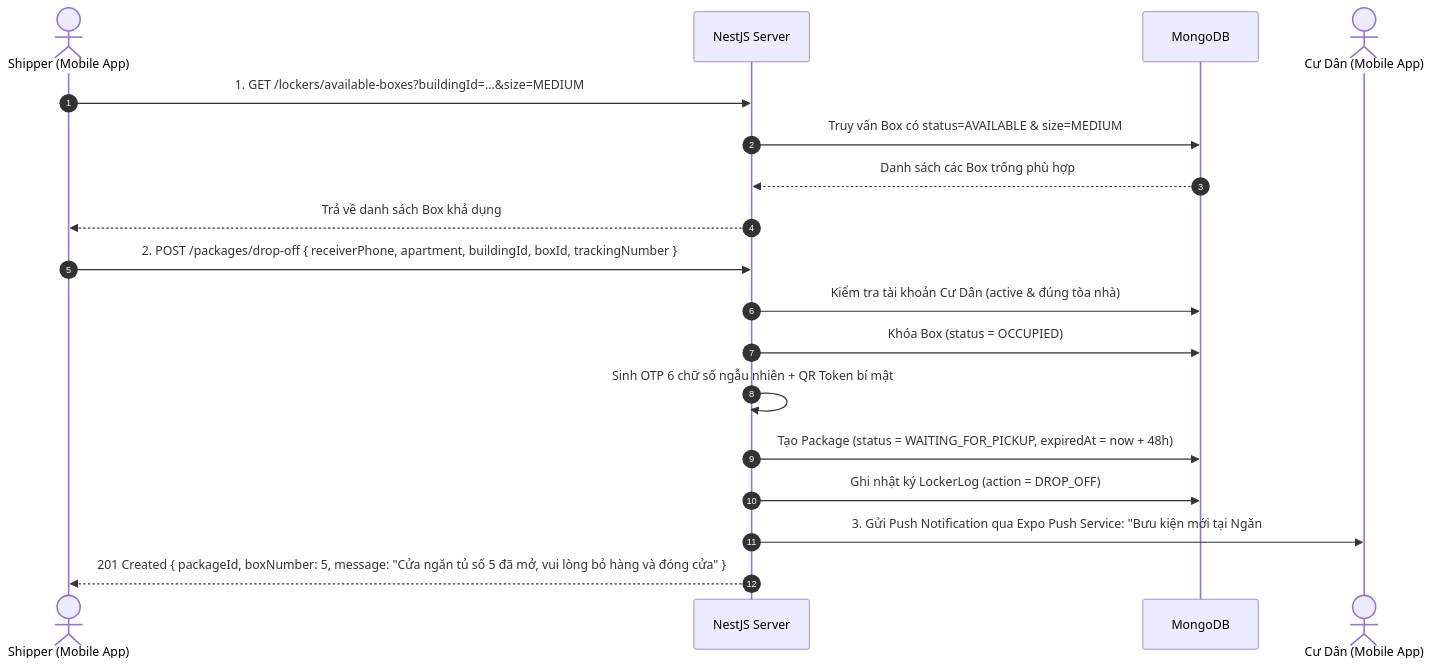
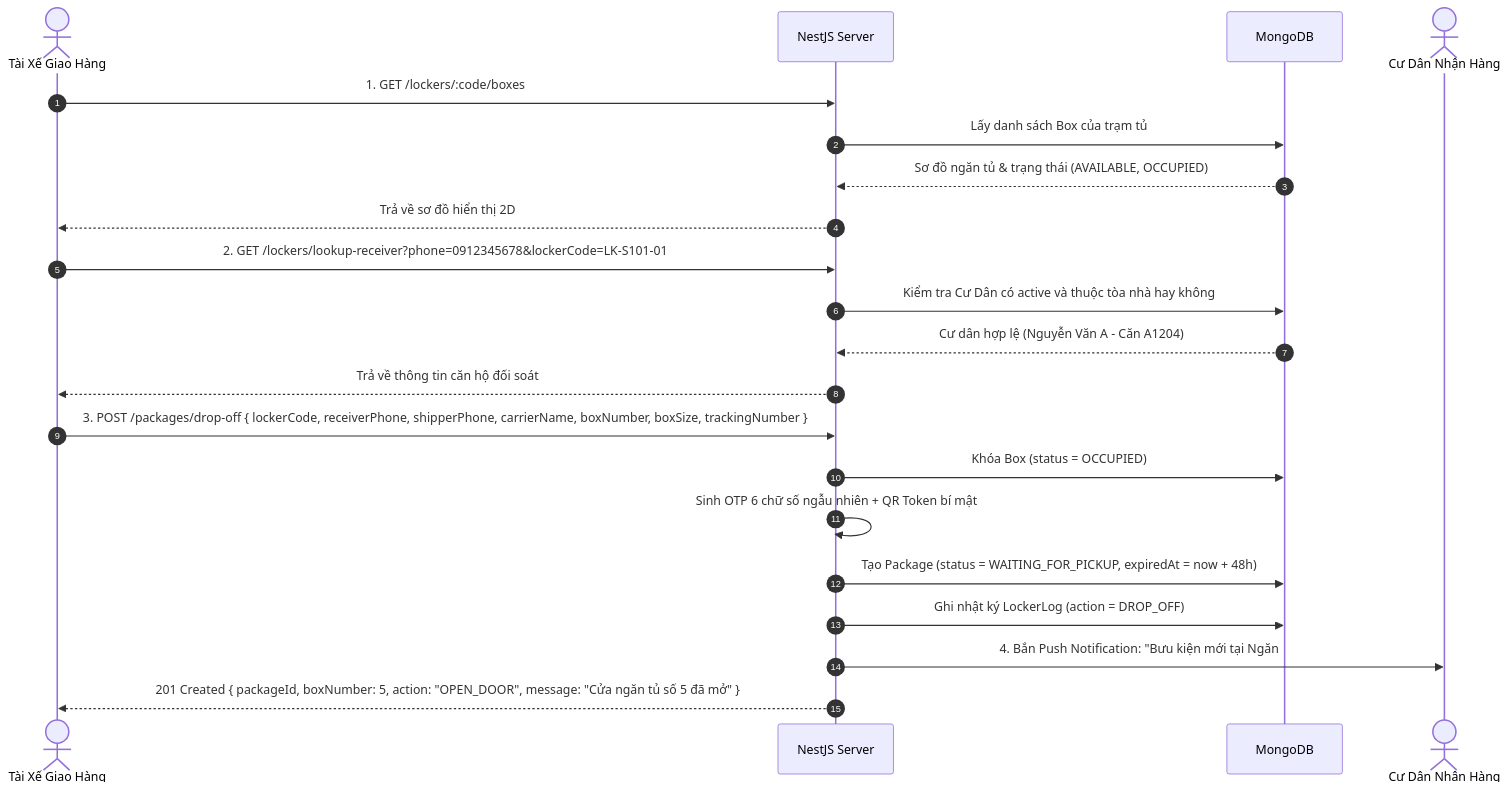
One commit to xuanphat0505/smart-locker-server changed the second of 4 diagrams in src/docs/delivery_retrieval_system.md. Above: the diagram before and after it, drawn with Mermaid. The commit also changed other lines of this file and 17 other files, not shown here.

Commit message:
feat(notifications): add socket.io gateway and smtp mail approval flow (#8)

````diff
--- a/src/docs/delivery_retrieval_system.md
+++ b/src/docs/delivery_retrieval_system.md
@@ -160,23 +167,27 @@
 ```mermaid
 sequenceDiagram
     autonumber
-    actor Shipper as Shipper (Mobile App)
+    actor Shipper as Tài Xế Giao Hàng
     participant Backend as NestJS Server
     participant DB as MongoDB
-    actor Resident as Cư Dân (Mobile App)
+    actor Resident as Cư Dân Nhận Hàng
 
-    Shipper->>Backend: 1. GET /lockers/available-boxes?buildingId=...&size=MEDIUM
-    Backend->>DB: Truy vấn Box có status=AVAILABLE & size=MEDIUM
-    DB-->>Backend: Danh sách các Box trống phù hợp
-    Backend-->>Shipper: Trả về danh sách Box khả dụng
+    Shipper->>Backend: 1. GET /lockers/:code/boxes
+    Backend->>DB: Lấy danh sách Box của trạm tủ
+    DB-->>Backend: Sơ đồ ngăn tủ & trạng thái (AVAILABLE, OCCUPIED)
+    Backend-->>Shipper: Trả về sơ đồ hiển thị 2D
 
-    Shipper->>Backend: 2. POST /packages/drop-off { receiverPhone, apartment, buildingId, boxId, trackingNumber }
-    Backend->>DB: Kiểm tra tài khoản Cư Dân (active & đúng tòa nhà)
+    Shipper->>Backend: 2. GET /lockers/lookup-receiver?phone=0912345678&lockerCode=LK-S101-01
+    Backend->>DB: Kiểm tra Cư Dân có active và thuộc tòa nhà hay không
+    DB-->>Backend: Cư dân hợp lệ (Nguyễn Văn A - Căn A1204)
+    Backend-->>Shipper: Trả về thông tin căn hộ đối soát
+
+    Shipper->>Backend: 3. POST /packages/drop-off { lockerCode, receiverPhone, shipperPhone, carrierName, boxNumber, boxSize, trackingNumber }
     Backend->>DB: Khóa Box (status = OCCUPIED)
     Backend->>Backend: Sinh OTP 6 chữ số ngẫu nhiên + QR Token bí mật
     Backend->>DB: Tạo Package (status = WAITING_FOR_PICKUP, expiredAt = now + 48h)
     Backend->>DB: Ghi nhật ký LockerLog (action = DROP_OFF)
     
-    Backend->>Resident: 3. Gửi Push Notification qua Expo Push Service: "Bưu kiện mới tại Ngăn #5 - OTP: 384920"
-    Backend-->>Shipper: 201 Created { packageId, boxNumber: 5, message: "Cửa ngăn tủ số 5 đã mở, vui lòng bỏ hàng và đóng cửa" }
+    Backend->>Resident: 4. Bắn Push Notification: "Bưu kiện mới tại Ngăn #5 - OTP: 384920"
+    Backend-->>Shipper: 201 Created { packageId, boxNumber: 5, action: "OPEN_DOOR", message: "Cửa ngăn tủ số 5 đã mở" }
 ```
````
